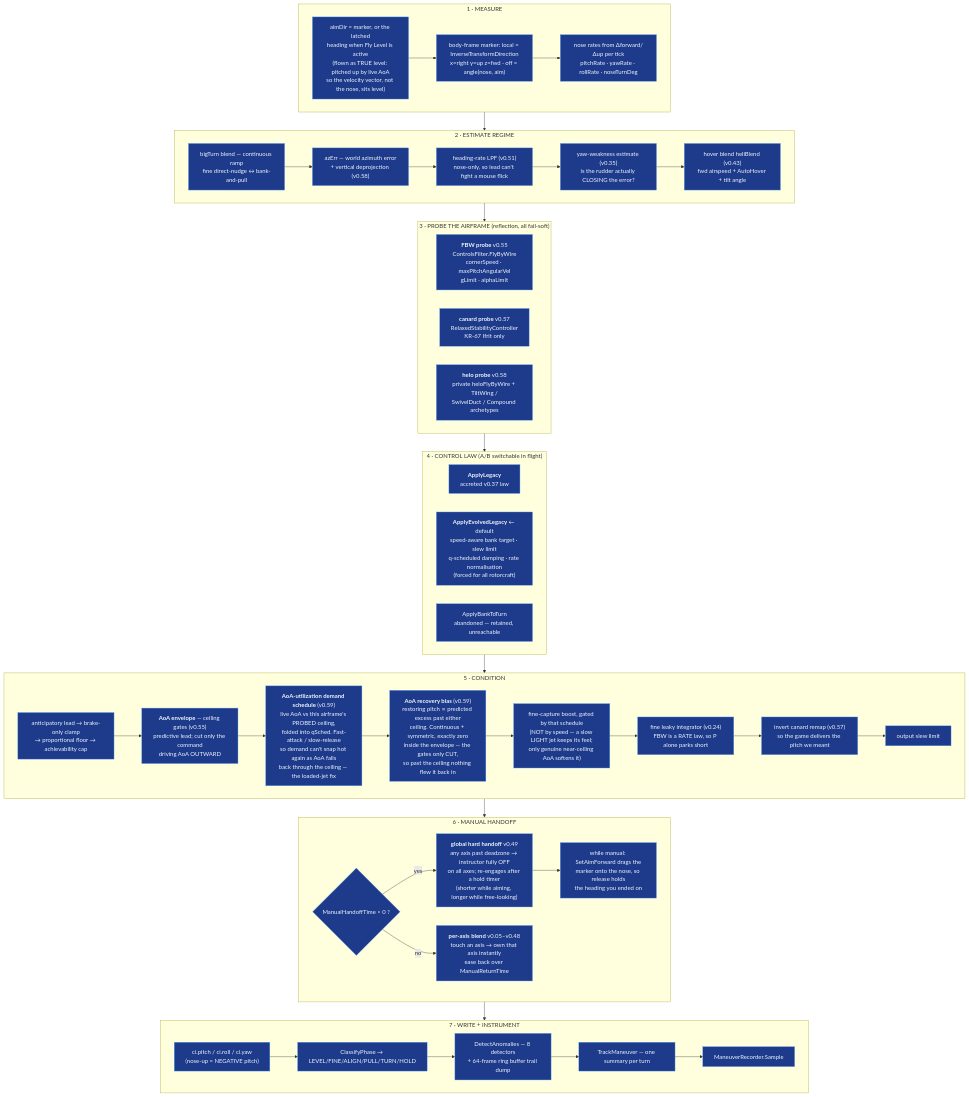
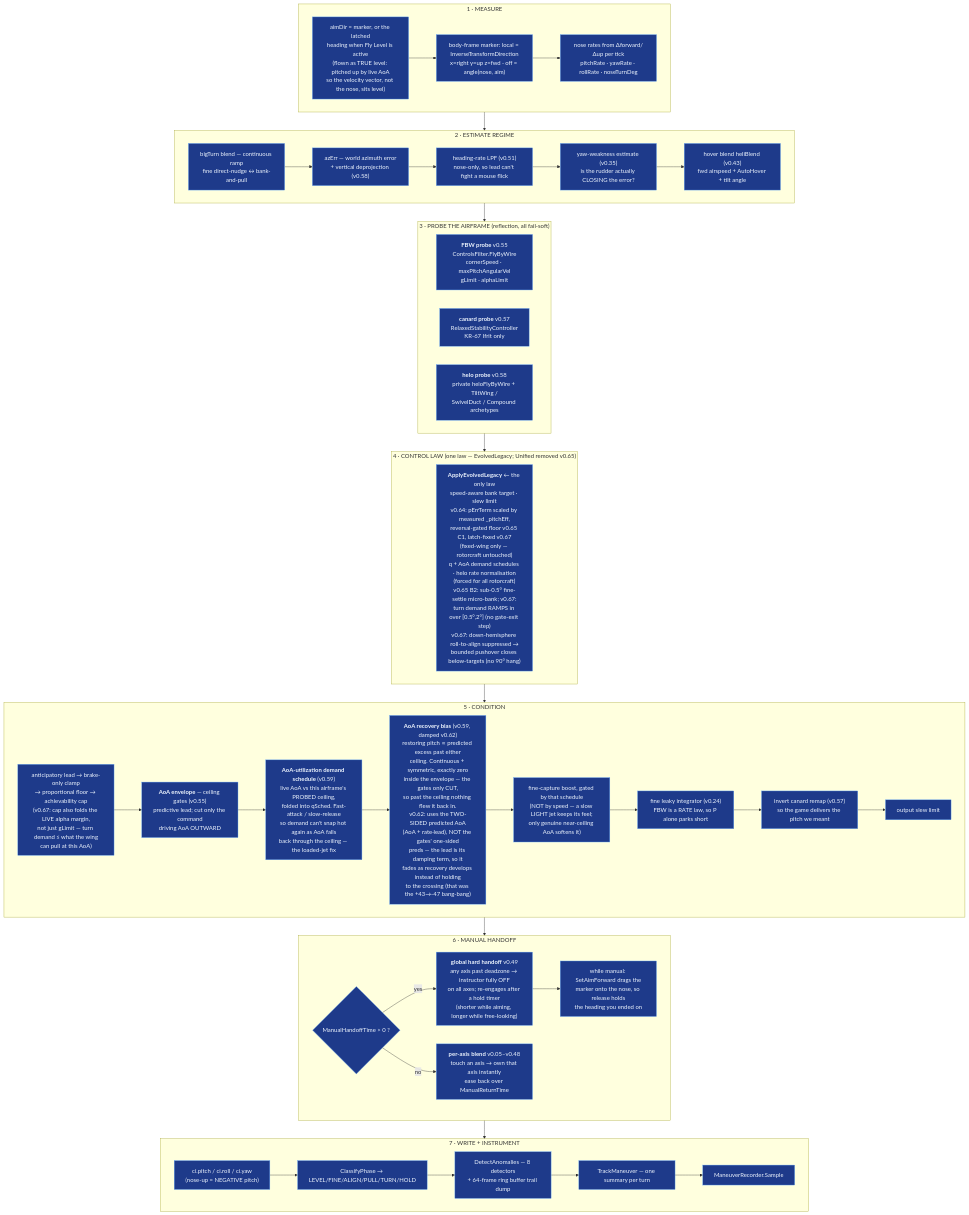
The fourth of 7 diagrams in ARCHITECTURE.md (cosistra/wt-mouse-aim), drawn with Mermaid before and after one commit. The commit also changed other lines of this file and 22 other files, not shown here.

````diff
--- a/ARCHITECTURE.md
+++ b/ARCHITECTURE.md
@@ -218,63 +218,61 @@
 ```mermaid
 flowchart TB
     subgraph MEAS["1 · MEASURE"]
         m1["aimDir = marker, or the latched<br/>heading when Fly Level is active<br/>(flown as TRUE level: pitched up by live AoA<br/>so the velocity vector, not the nose, sits level)"]
         m2["body-frame marker: local = InverseTransformDirection<br/>x=right y=up z=fwd · off = angle(nose, aim)"]
         m3["nose rates from Δforward/Δup per tick<br/>pitchRate · yawRate · rollRate · noseTurnDeg"]
         m1 --> m2 --> m3
     end
 
     subgraph EST["2 · ESTIMATE REGIME"]
         e1["bigTurn blend — continuous ramp<br/>fine direct-nudge ↔ bank-and-pull"]
         e2["azErr — world azimuth error<br/>+ vertical deprojection (v0.58)"]
         e3["heading-rate LPF (v0.51)<br/>nose-only, so lead can't fight a mouse flick"]
         e4["yaw-weakness estimate (v0.35)<br/>is the rudder actually CLOSING the error?"]
         e5["hover blend heliBlend (v0.43)<br/>fwd airspeed + AutoHover + tilt angle"]
         e1 --> e2 --> e3 --> e4 --> e5
     end
 
     subgraph PROBE["3 · PROBE THE AIRFRAME (reflection, all fail-soft)"]
         p1["<b>FBW probe</b> v0.55<br/>ControlsFilter.FlyByWire<br/>cornerSpeed · maxPitchAngularVel<br/>gLimit · alphaLimit"]
         p2["<b>canard probe</b> v0.57<br/>RelaxedStabilityController<br/>KR-67 Ifrit only"]
         p3["<b>helo probe</b> v0.58<br/>private heloFlyByWire + TiltWing /<br/>SwivelDuct / Compound archetypes"]
     end
 
-    subgraph LAW["4 · CONTROL LAW (A/B switchable in flight)"]
-        l1["<b>ApplyLegacy</b><br/>accreted v0.37 law"]
-        l2["<b>ApplyEvolvedLegacy</b> ← default<br/>speed-aware bank target · slew limit<br/>q-scheduled damping · rate normalisation<br/>(forced for all rotorcraft)"]
-        l3["ApplyBankToTurn<br/>abandoned — retained, unreachable"]
+    subgraph LAW["4 · CONTROL LAW (one law — EvolvedLegacy; Unified removed v0.65)"]
+        l1["<b>ApplyEvolvedLegacy</b> ← the only law<br/>speed-aware bank target · slew limit<br/>v0.64: pErrTerm scaled by measured _pitchEff,<br/>reversal-gated floor v0.65 C1, latch-fixed v0.67<br/>(fixed-wing only — rotorcraft untouched)<br/>q + AoA demand schedules · helo rate normalisation<br/>(forced for all rotorcraft)<br/>v0.65 B2: sub-0.5° fine-settle micro-bank; v0.67:<br/>turn demand RAMPS in over [0.5°,2°] (no gate-exit step)<br/>v0.67: down-hemisphere roll-to-align suppressed →<br/>bounded pushover closes below-targets (no 90° hang)"]
     end
 
     subgraph COND["5 · CONDITION"]
-        c1["anticipatory lead → brake-only clamp<br/>→ proportional floor → achievability cap"]
+        c1["anticipatory lead → brake-only clamp<br/>→ proportional floor → achievability cap<br/>(v0.67: cap also folds the LIVE alpha margin,<br/>not just gLimit — turn demand ≤ what the wing<br/>can pull at this AoA)"]
         c2["<b>AoA envelope</b> — ceiling gates (v0.55)<br/>predictive lead; cut only the command<br/>driving AoA OUTWARD"]
         c2b["<b>AoA-utilization demand schedule</b> (v0.59)<br/>live AoA vs this airframe's PROBED ceiling,<br/>folded into qSched. Fast-attack / slow-release<br/>so demand can't snap hot again as AoA falls<br/>back through the ceiling — the loaded-jet fix"]
-        c2c["<b>AoA recovery bias</b> (v0.59)<br/>restoring pitch ∝ predicted excess past either<br/>ceiling. Continuous + symmetric, exactly zero<br/>inside the envelope — the gates only CUT,<br/>so past the ceiling nothing flew it back in"]
+        c2c["<b>AoA recovery bias</b> (v0.59, damped v0.62)<br/>restoring pitch ∝ predicted excess past either<br/>ceiling. Continuous + symmetric, exactly zero<br/>inside the envelope — the gates only CUT,<br/>so past the ceiling nothing flew it back in.<br/>v0.62: uses the TWO-SIDED predicted AoA<br/>(AoA + rate·lead), NOT the gates' one-sided<br/>preds — the lead is its damping term, so it<br/>fades as recovery develops instead of holding<br/>to the crossing (that was the +43→-47 bang-bang)"]
         c2d["fine-capture boost, gated by that schedule<br/>(NOT by speed — a slow LIGHT jet keeps its feel;<br/>only genuine near-ceiling AoA softens it)"]
         c3["fine leaky integrator (v0.24)<br/>FBW is a RATE law, so P alone parks short"]
         c4["invert canard remap (v0.57)<br/>so the game delivers the pitch we meant"]
         c5["output slew limit"]
         c1 --> c2 --> c2b --> c2c --> c2d --> c3 --> c4 --> c5
     end
 
     subgraph MAN["6 · MANUAL HANDOFF"]
         h1{"ManualHandoffTime > 0 ?"}
         h1 -->|yes| h2["<b>global hard handoff</b> v0.49<br/>any axis past deadzone → instructor fully OFF<br/>on all axes; re-engages after a hold timer<br/>(shorter while aiming, longer while free-looking)"]
         h1 -->|no| h3["<b>per-axis blend</b> v0.05–v0.48<br/>touch an axis → own that axis instantly<br/>ease back over ManualReturnTime"]
         h2 --> h4["while manual: SetAimForward drags the<br/>marker onto the nose, so release holds<br/>the heading you ended on"]
     end
 
     subgraph WRITE["7 · WRITE + INSTRUMENT"]
         w1["ci.pitch / ci.roll / ci.yaw<br/>(nose-up = NEGATIVE pitch)"]
         w2["ClassifyPhase → LEVEL/FINE/ALIGN/PULL/TURN/HOLD"]
         w3["DetectAnomalies — 8 detectors<br/>+ 64-frame ring buffer trail dump"]
         w4["TrackManeuver — one summary per turn"]
         w5["ManeuverRecorder.Sample"]
         w1 --> w2 --> w3 --> w4 --> w5
     end
 
     MEAS --> EST --> PROBE --> LAW --> COND --> MAN --> WRITE
 
     classDef mod fill:#1e3a8a,stroke:#60a5fa,color:#eff6ff
-    class m1,m2,m3,e1,e2,e3,e4,e5,p1,p2,p3,l1,l2,l3,c1,c2,c2b,c2c,c2d,c3,c4,c5,h1,h2,h3,h4,w1,w2,w3,w4,w5 mod
+    class m1,m2,m3,e1,e2,e3,e4,e5,p1,p2,p3,l1,c1,c2,c2b,c2c,c2d,c3,c4,c5,h1,h2,h3,h4,w1,w2,w3,w4,w5 mod
 ```
````
